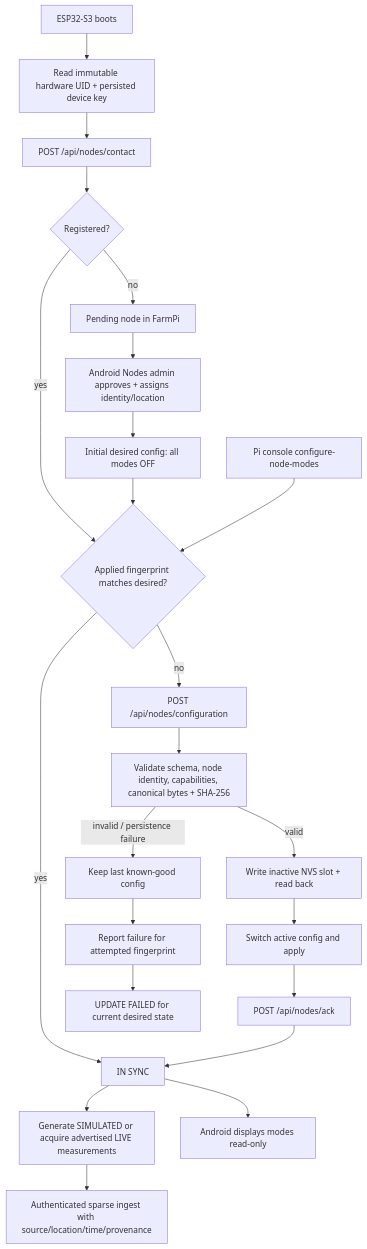
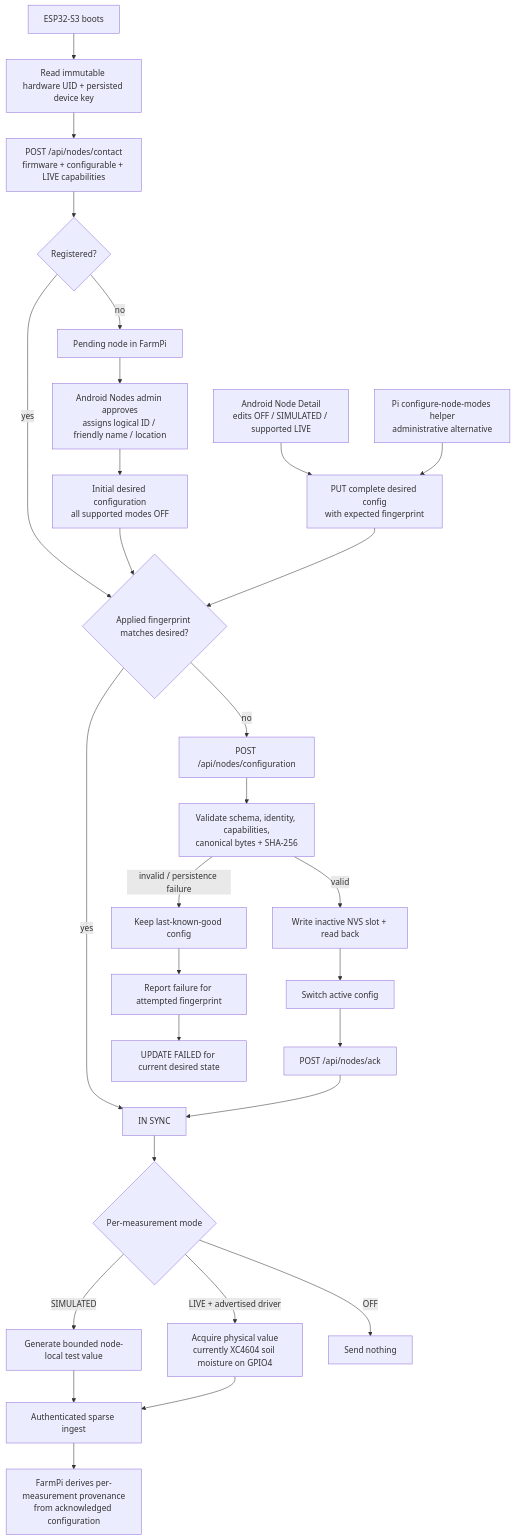
Before and after one commit to w0rmy/farmpi: the diagram in docs/diagrams/managed-node-configuration.mmd, drawn with Mermaid.

Commit message:
Update managed-node diagram for Android mode administration and LIVE driver

```diff
--- a/docs/diagrams/managed-node-configuration.mmd
+++ b/docs/diagrams/managed-node-configuration.mmd
@@ -1,23 +1,35 @@
 flowchart TD
   B[ESP32-S3 boots] --> U[Read immutable hardware UID + persisted device key]
-  U --> C[POST /api/nodes/contact]
+  U --> C[POST /api/nodes/contact<br/>firmware + configurable + LIVE capabilities]
   C --> R{Registered?}
+
   R -->|no| P[Pending node in FarmPi]
-  P --> A[Android Nodes admin approves + assigns identity/location]
-  A --> E[Initial desired config: all modes OFF]
+  P --> A[Android Nodes admin approves<br/>assigns logical ID / friendly name / location]
+  A --> E[Initial desired configuration<br/>all supported modes OFF]
+
   R -->|yes| H{Applied fingerprint matches desired?}
   E --> H
+
+  ADM[Android Node Detail<br/>edits OFF / SIMULATED / supported LIVE] --> DC[PUT complete desired config<br/>with expected fingerprint]
+  CLI[Pi configure-node-modes helper<br/>administrative alternative] --> DC
+  DC --> H
+
   H -->|yes| S[IN SYNC]
   H -->|no| F[POST /api/nodes/configuration]
-  F --> V[Validate schema, node identity, capabilities, canonical bytes + SHA-256]
+  F --> V[Validate schema, identity, capabilities,<br/>canonical bytes + SHA-256]
   V -->|valid| N[Write inactive NVS slot + read back]
-  N --> X[Switch active config and apply]
+  N --> X[Switch active config]
   X --> K[POST /api/nodes/ack]
   K --> S
-  V -->|invalid / persistence failure| L[Keep last known-good config]
+
+  V -->|invalid / persistence failure| L[Keep last-known-good config]
   L --> Q[Report failure for attempted fingerprint]
   Q --> D[UPDATE FAILED for current desired state]
-  S --> T[Generate SIMULATED or acquire advertised LIVE measurements]
-  T --> I[Authenticated sparse ingest with source/location/time/provenance]
-  CLI[Pi console configure-node-modes] --> H
-  S --> UI[Android displays modes read-only]
+
+  S --> M{Per-measurement mode}
+  M -->|SIMULATED| SIM[Generate bounded node-local test value]
+  M -->|LIVE + advertised driver| LIVE[Acquire physical value<br/>currently XC4604 soil moisture on GPIO4]
+  M -->|OFF| OFF[Send nothing]
+  SIM --> I[Authenticated sparse ingest]
+  LIVE --> I
+  I --> PROV[FarmPi derives per-measurement provenance<br/>from acknowledged configuration]
```
